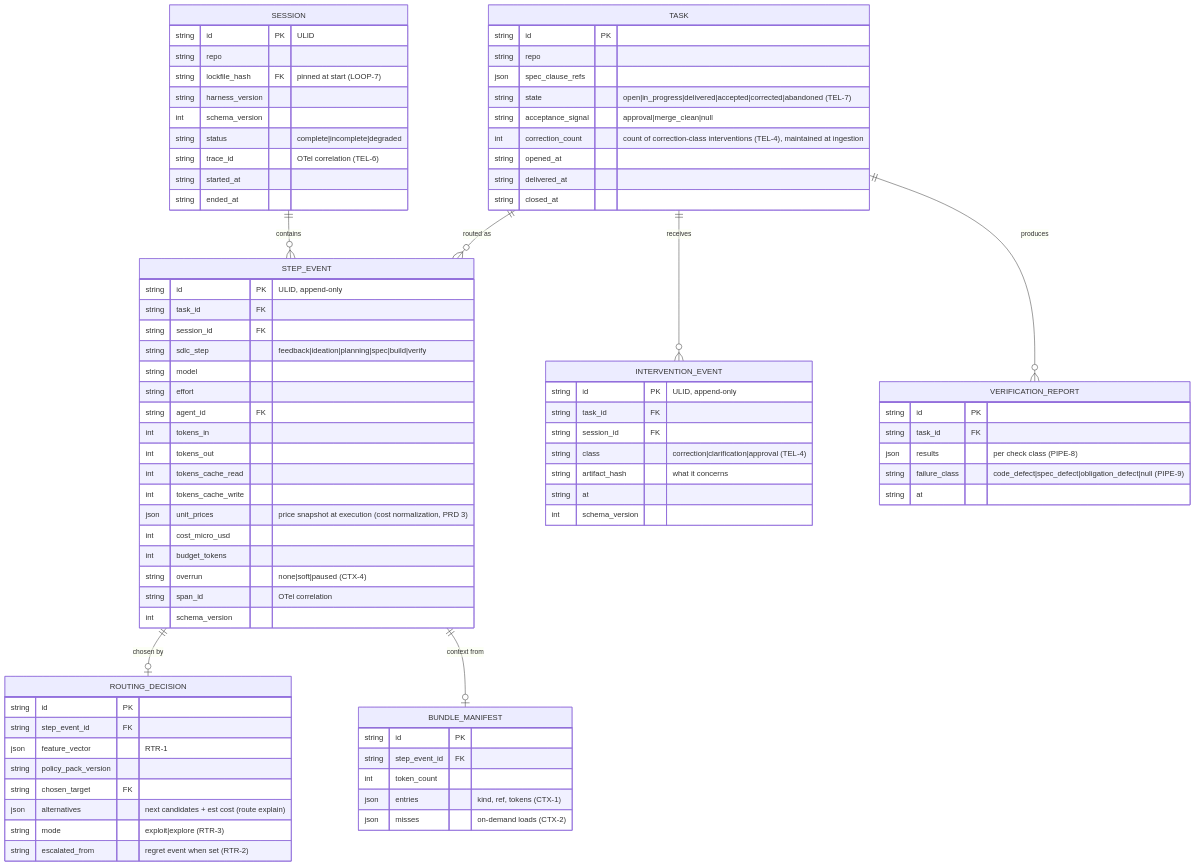
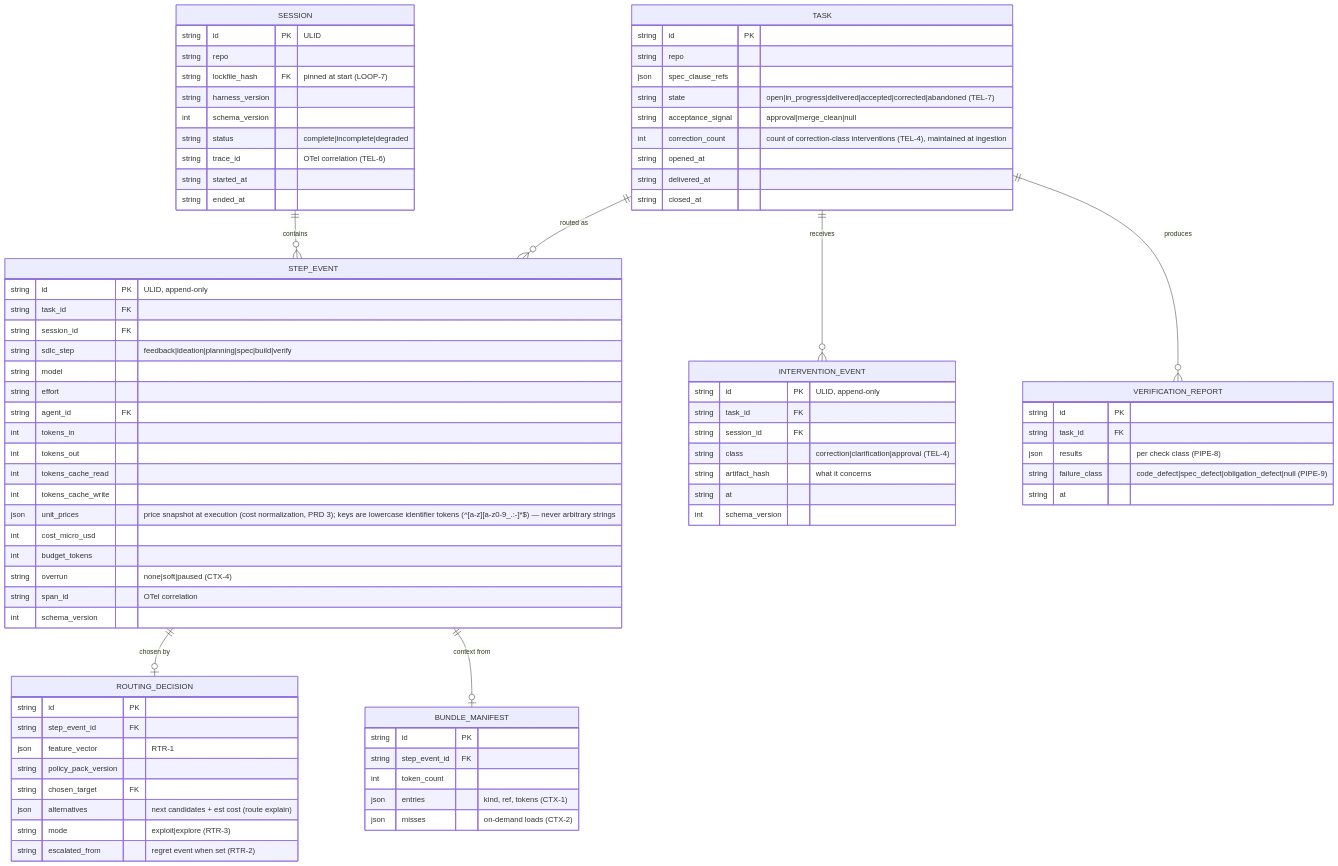
Before and after one commit to BrendanShields/kelson: the third of 5 diagrams in docs/specs/2026-07-02-agent-harness-erd.md, drawn with Mermaid. The commit also changed 3 other files, not shown here.

First line of the commit message:
fix(schemas): pin unit_prices key domain after CI PBT seed caught silent __proto__ drop

```diff
--- a/docs/specs/2026-07-02-agent-harness-erd.md
+++ b/docs/specs/2026-07-02-agent-harness-erd.md
@@ -187,7 +187,7 @@
         int tokens_out
         int tokens_cache_read
         int tokens_cache_write
-        json unit_prices "price snapshot at execution (cost normalization, PRD 3)"
+        json unit_prices "price snapshot at execution (cost normalization, PRD 3); keys are lowercase identifier tokens (^[a-z][a-z0-9_.:-]*$) — never arbitrary strings"
         int cost_micro_usd
         int budget_tokens
         string overrun "none|soft|paused (CTX-4)"
```
